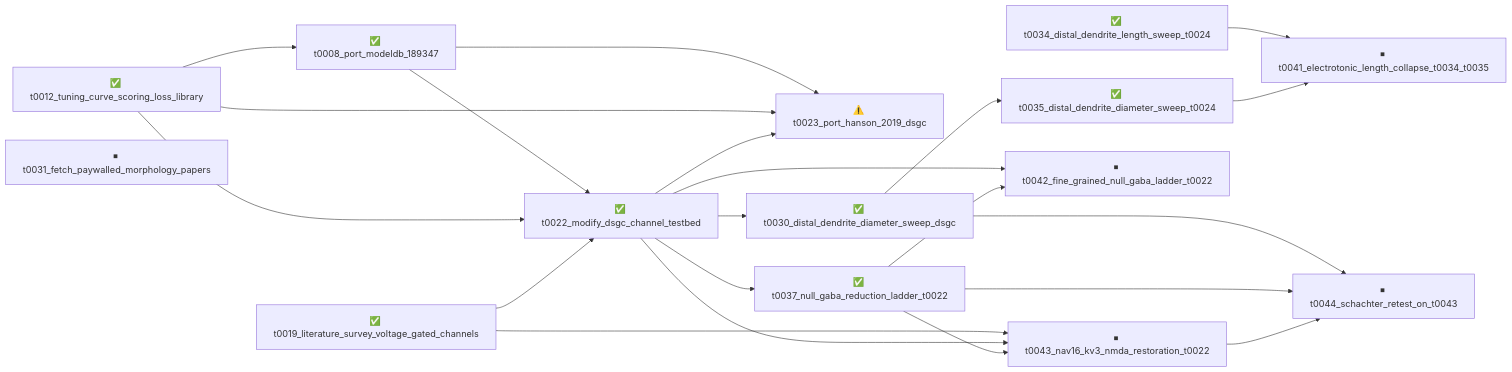
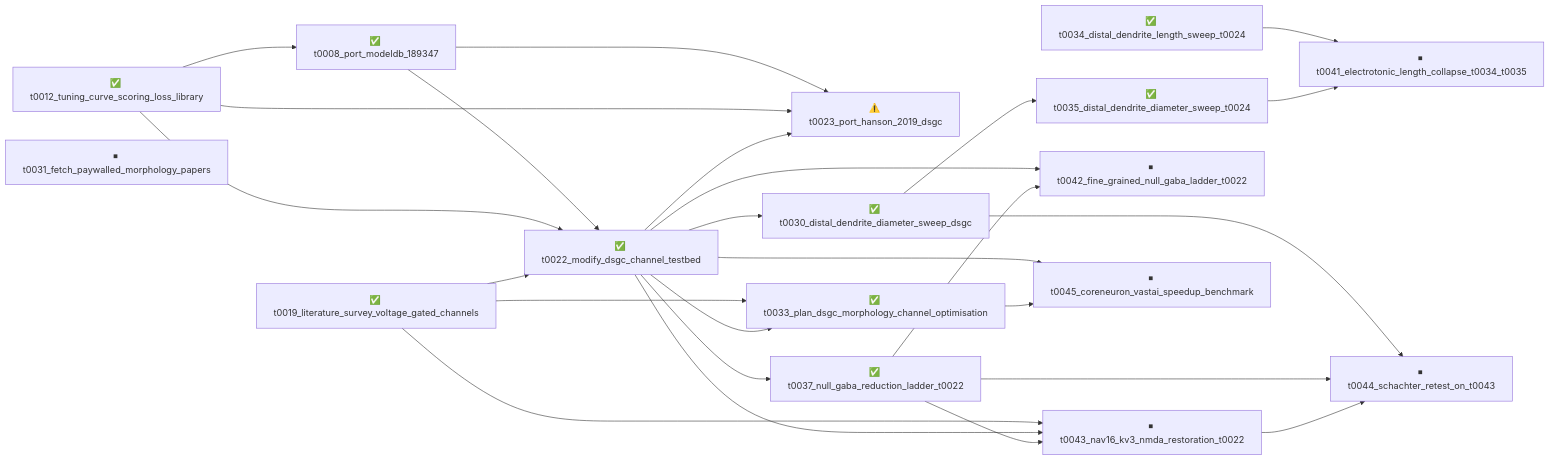
Before and after one commit to tonza17/neuron-channels: the diagram in overview/tasks/README.md, drawn with Mermaid. The commit also changed other lines of this file and 29 other files, not shown here.

````diff
--- a/overview/tasks/README.md
+++ b/overview/tasks/README.md
@@ -13,38 +13,44 @@
 ```mermaid
 graph LR
     t0008_port_modeldb_189347["✅ t0008_port_modeldb_189347"]
     t0012_tuning_curve_scoring_loss_library["✅ t0012_tuning_curve_scoring_loss_library"]
     t0019_literature_survey_voltage_gated_channels["✅ t0019_literature_survey_voltage_gated_channels"]
     t0022_modify_dsgc_channel_testbed["✅ t0022_modify_dsgc_channel_testbed"]
     t0023_port_hanson_2019_dsgc["⚠️ t0023_port_hanson_2019_dsgc"]
     t0030_distal_dendrite_diameter_sweep_dsgc["✅ t0030_distal_dendrite_diameter_sweep_dsgc"]
     t0031_fetch_paywalled_morphology_papers["⏹ t0031_fetch_paywalled_morphology_papers"]
+    t0033_plan_dsgc_morphology_channel_optimisation["✅ t0033_plan_dsgc_morphology_channel_optimisation"]
     t0034_distal_dendrite_length_sweep_t0024["✅ t0034_distal_dendrite_length_sweep_t0024"]
     t0035_distal_dendrite_diameter_sweep_t0024["✅ t0035_distal_dendrite_diameter_sweep_t0024"]
     t0037_null_gaba_reduction_ladder_t0022["✅ t0037_null_gaba_reduction_ladder_t0022"]
     t0041_electrotonic_length_collapse_t0034_t0035["⏹ t0041_electrotonic_length_collapse_t0034_t0035"]
     t0042_fine_grained_null_gaba_ladder_t0022["⏹ t0042_fine_grained_null_gaba_ladder_t0022"]
     t0043_nav16_kv3_nmda_restoration_t0022["⏹ t0043_nav16_kv3_nmda_restoration_t0022"]
     t0044_schachter_retest_on_t0043["⏹ t0044_schachter_retest_on_t0043"]
+    t0045_coreneuron_vastai_speedup_benchmark["⏹ t0045_coreneuron_vastai_speedup_benchmark"]
 
     t0012_tuning_curve_scoring_loss_library --> t0008_port_modeldb_189347
     t0008_port_modeldb_189347 --> t0022_modify_dsgc_channel_testbed
     t0012_tuning_curve_scoring_loss_library --> t0022_modify_dsgc_channel_testbed
     t0019_literature_survey_voltage_gated_channels --> t0022_modify_dsgc_channel_testbed
     t0008_port_modeldb_189347 --> t0023_port_hanson_2019_dsgc
     t0012_tuning_curve_scoring_loss_library --> t0023_port_hanson_2019_dsgc
     t0022_modify_dsgc_channel_testbed --> t0023_port_hanson_2019_dsgc
     t0022_modify_dsgc_channel_testbed --> t0030_distal_dendrite_diameter_sweep_dsgc
+    t0019_literature_survey_voltage_gated_channels --> t0033_plan_dsgc_morphology_channel_optimisation
+    t0022_modify_dsgc_channel_testbed --> t0033_plan_dsgc_morphology_channel_optimisation
     t0030_distal_dendrite_diameter_sweep_dsgc --> t0035_distal_dendrite_diameter_sweep_t0024
     t0022_modify_dsgc_channel_testbed --> t0037_null_gaba_reduction_ladder_t0022
     t0034_distal_dendrite_length_sweep_t0024 --> t0041_electrotonic_length_collapse_t0034_t0035
     t0035_distal_dendrite_diameter_sweep_t0024 --> t0041_electrotonic_length_collapse_t0034_t0035
     t0022_modify_dsgc_channel_testbed --> t0042_fine_grained_null_gaba_ladder_t0022
     t0037_null_gaba_reduction_ladder_t0022 --> t0042_fine_grained_null_gaba_ladder_t0022
     t0019_literature_survey_voltage_gated_channels --> t0043_nav16_kv3_nmda_restoration_t0022
     t0022_modify_dsgc_channel_testbed --> t0043_nav16_kv3_nmda_restoration_t0022
     t0037_null_gaba_reduction_ladder_t0022 --> t0043_nav16_kv3_nmda_restoration_t0022
     t0030_distal_dendrite_diameter_sweep_dsgc --> t0044_schachter_retest_on_t0043
     t0037_null_gaba_reduction_ladder_t0022 --> t0044_schachter_retest_on_t0043
     t0043_nav16_kv3_nmda_restoration_t0022 --> t0044_schachter_retest_on_t0043
+    t0022_modify_dsgc_channel_testbed --> t0045_coreneuron_vastai_speedup_benchmark
+    t0033_plan_dsgc_morphology_channel_optimisation --> t0045_coreneuron_vastai_speedup_benchmark
 ```
````
